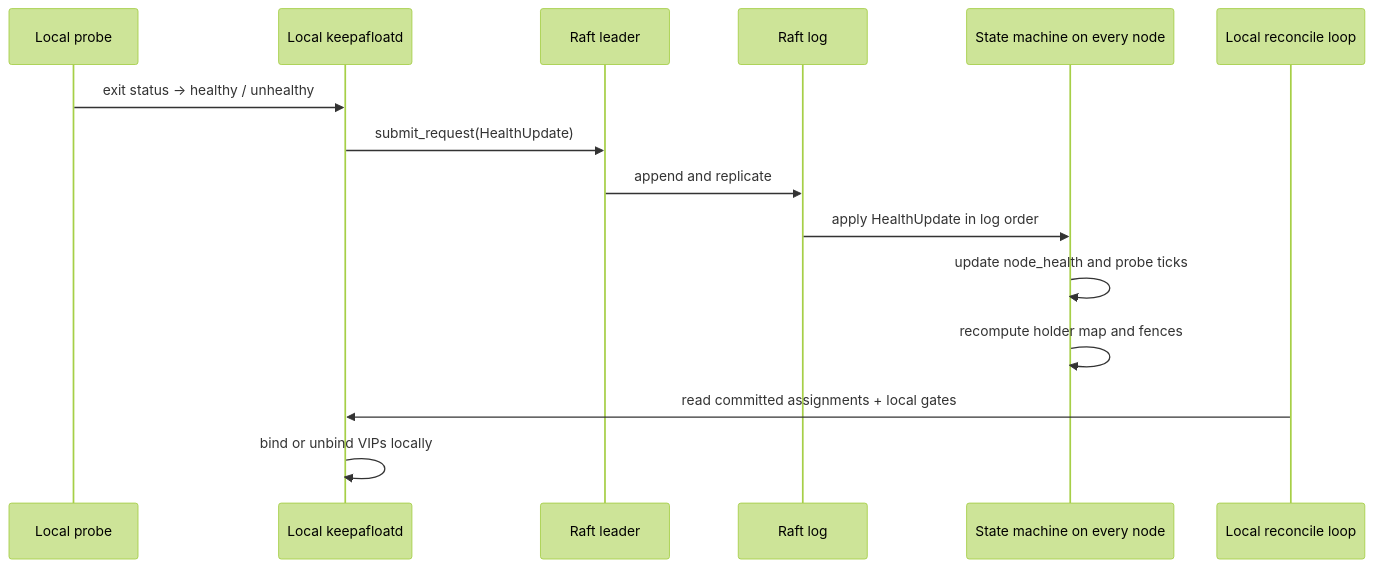
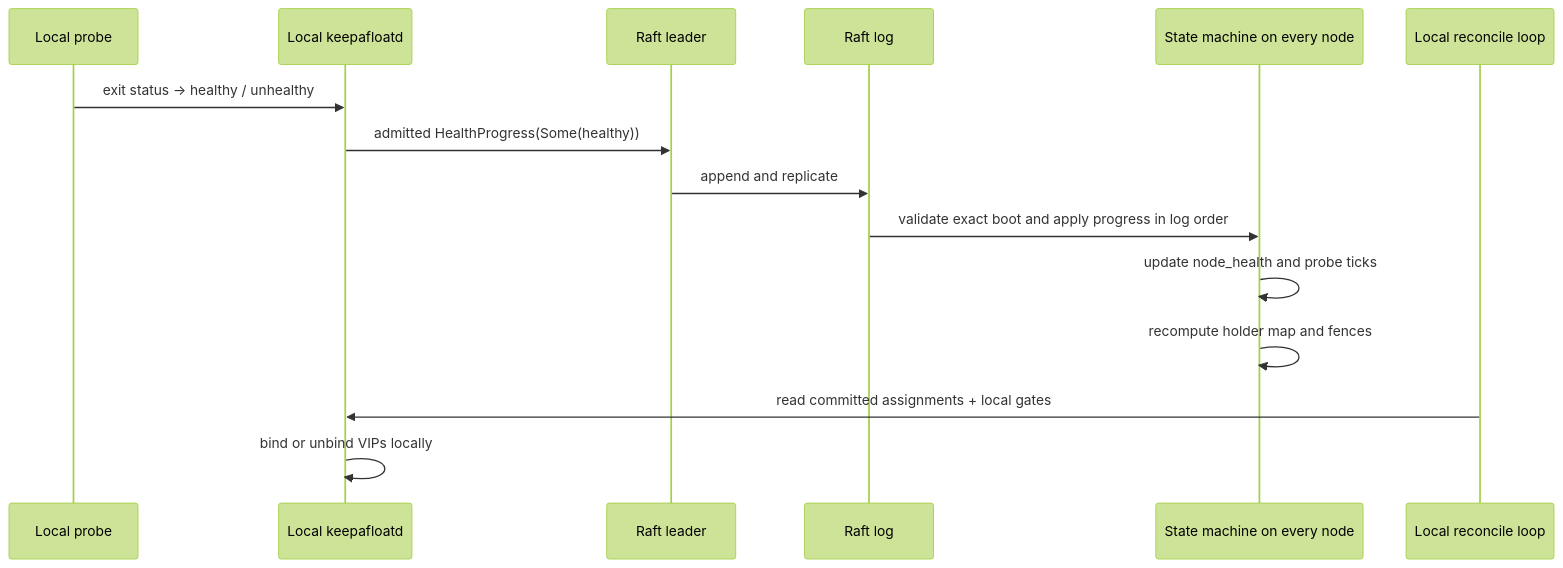
One commit to croit/keepAfloatD changed the third of 10 diagrams in ARCHITECTURE.md. Above: the diagram before and after it, drawn with Mermaid (forest theme). The commit also changed other lines of this file and 254 other files, not shown here.

````diff
--- a/ARCHITECTURE.md
+++ b/ARCHITECTURE.md
@@ -107,18 +116,18 @@
 ```mermaid
 sequenceDiagram
   participant Probe as Local probe
   participant Node as Local keepafloatd
   participant Leader as Raft leader
   participant Log as Raft log
   participant SM as State machine on every node
   participant Reconcile as Local reconcile loop
 
   Probe->>Node: exit status -> healthy / unhealthy
-  Node->>Leader: submit_request(HealthUpdate)
+  Node->>Leader: admitted HealthProgress(Some(healthy))
   Leader->>Log: append and replicate
-  Log->>SM: apply HealthUpdate in log order
+  Log->>SM: validate exact boot and apply progress in log order
   SM->>SM: update node_health and probe ticks
   SM->>SM: recompute holder map and fences
   Reconcile->>Node: read committed assignments + local gates
   Node->>Node: bind or unbind VIPs locally
 ```
````
